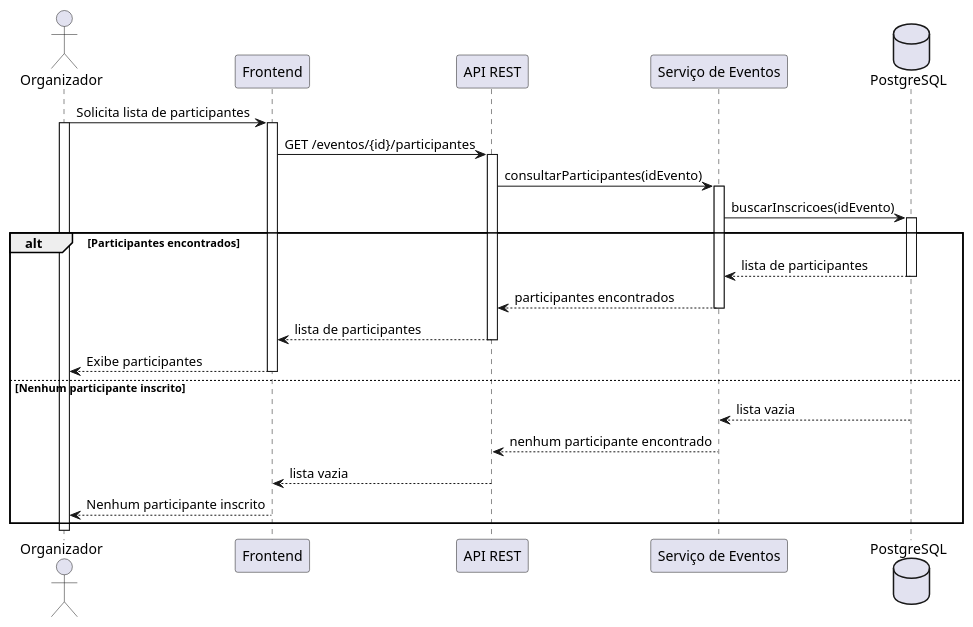
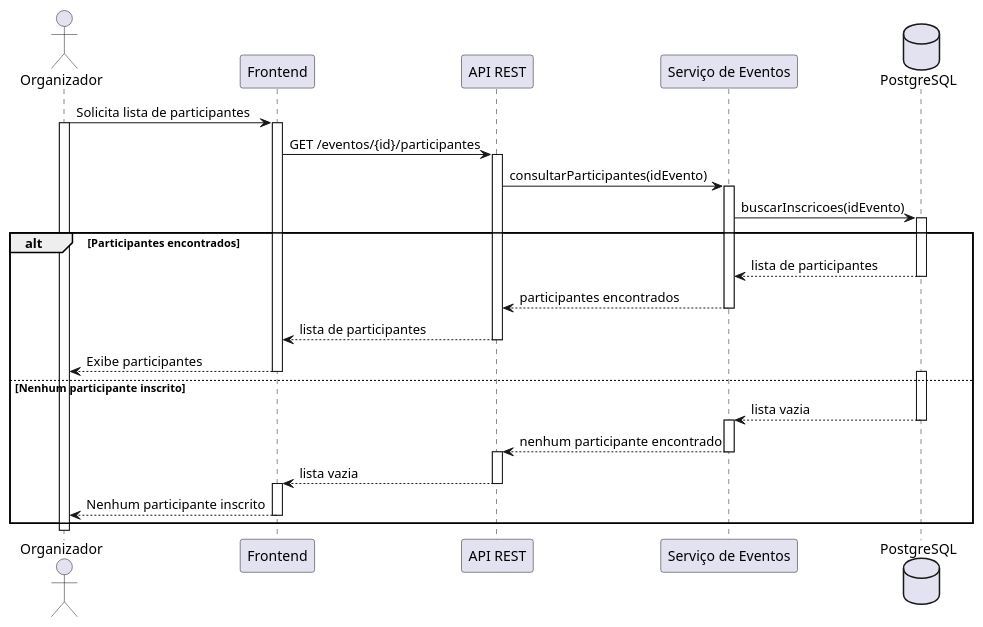
Before and after one commit to mthsz-dm/Conecta-Eventos: the diagram in PlantUML/Diagrama de sequencia detalhado/Diagrama-de-sequencia-UC-09.plantuml, drawn with PlantUML. The commit also changed 5 other files, not shown here.

Commit message:
Modificação de diagrama de sequencia

```diff
--- a/PlantUML/Diagrama de sequencia detalhado/Diagrama-de-sequencia-UC-09.plantuml
+++ b/PlantUML/Diagrama de sequencia detalhado/Diagrama-de-sequencia-UC-09.plantuml
@@ -1,42 +1,42 @@
 @startuml
 
 autoactivate on
 
 actor Organizador
 
 participant "Frontend" as Frontend
 participant "API REST" as API
 participant "Serviço de Eventos" as Service
 database "PostgreSQL" as DB
 
 Organizador -> Frontend : Solicita lista de participantes
 activate Organizador
 Frontend -> API : GET /eventos/{id}/participantes
 
 API -> Service : consultarParticipantes(idEvento)
 
 Service -> DB : buscarInscricoes(idEvento)
 
 alt Participantes encontrados
 
     DB --> Service : lista de participantes
 
     Service --> API : participantes encontrados
 
     API --> Frontend : lista de participantes
 
     Frontend --> Organizador : Exibe participantes
 
 else Nenhum participante inscrito
-
+    activate DB
     DB --> Service : lista vazia
-
+    activate Service
     Service --> API : nenhum participante encontrado
-
+    activate API
     API --> Frontend : lista vazia
-
+    activate Frontend
     Frontend --> Organizador : Nenhum participante inscrito
 
 end
 deactivate Organizador
 @enduml
```
